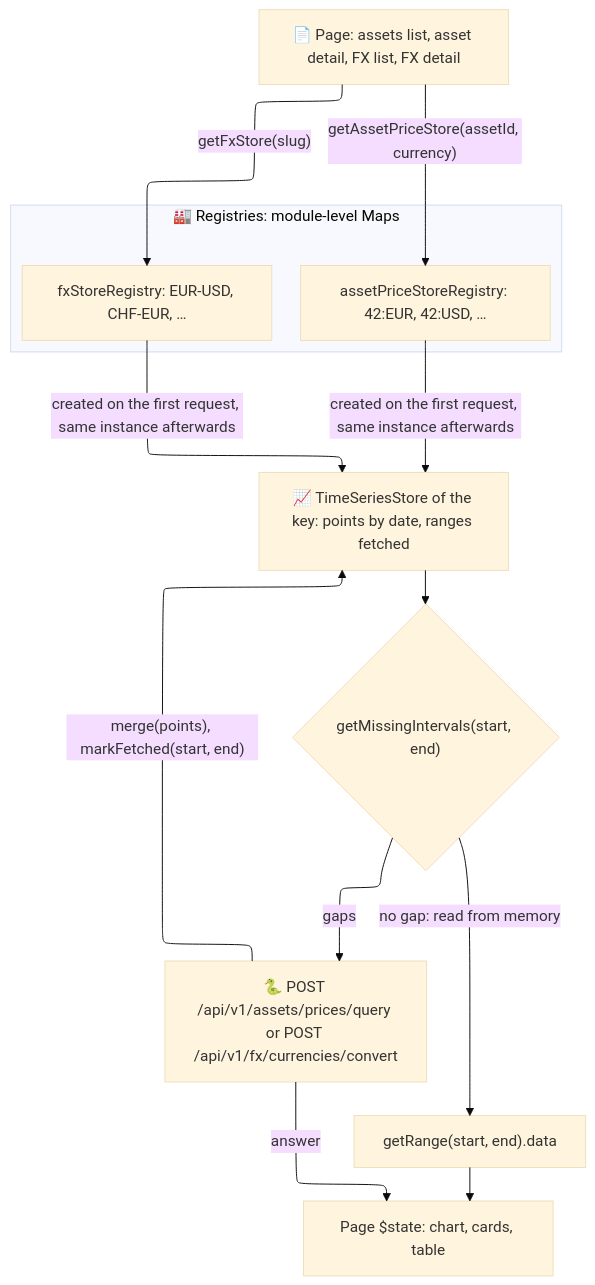
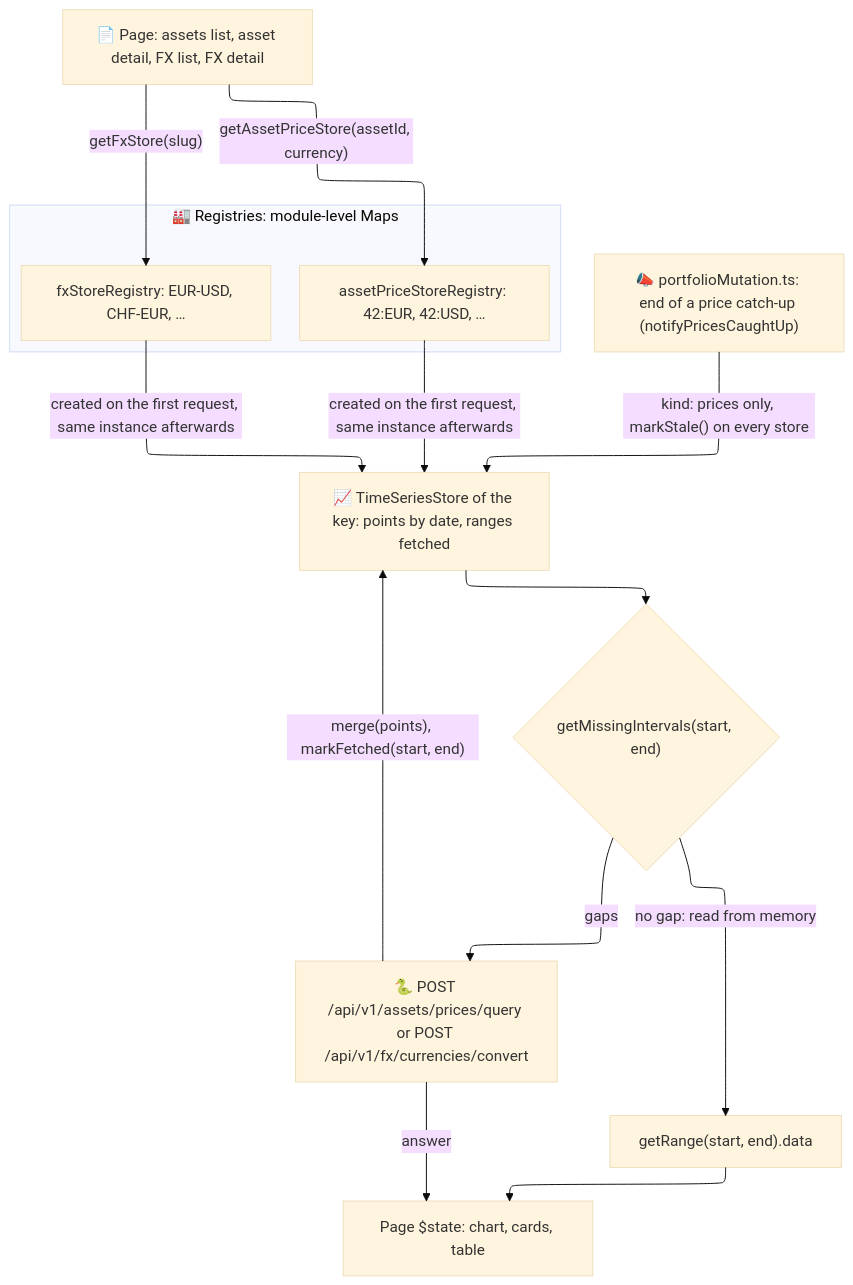
Before and after one commit to Librefolio/LibreFolio: the diagram in mkdocs_src/docs/developer/frontend/state/registries.md, drawn with Mermaid (base theme). The commit also changed other lines of this file and 12 other files, not shown here.

First line of the commit message:
fix(stores): price caches stale after catch-up

````diff
--- a/mkdocs_src/docs/developer/frontend/state/registries.md
+++ b/mkdocs_src/docs/developer/frontend/state/registries.md
@@ -21,30 +21,32 @@
 ```mermaid
 ---
 config:
   layout: elk
 ---
 graph TD
     Page["📄 Page: assets list, asset detail, FX list, FX detail"]
+    Bus["📣 portfolioMutation.ts: end of a price catch-up (notifyPricesCaughtUp)"]
 
     subgraph Registries ["🏭 Registries: module-level Maps"]
         AP["assetPriceStoreRegistry: 42:EUR, 42:USD, …"]
         FX["fxStoreRegistry: EUR-USD, CHF-EUR, …"]
     end
 
     Store["📈 TimeSeriesStore of the key: points by date, ranges fetched"]
     Gaps{"getMissingIntervals(start, end)"}
     Read["getRange(start, end).data"]
     API["🐍 POST /api/v1/assets/prices/query or POST /api/v1/fx/currencies/convert"]
     State["Page $state: chart, cards, table"]
 
     Page -->|"getAssetPriceStore(assetId, currency)"| AP
     Page -->|"getFxStore(slug)"| FX
     AP -->|"created on the first request, same instance afterwards"| Store
     FX -->|"created on the first request, same instance afterwards"| Store
+    Bus -->|"kind: prices only, markStale() on every store"| Store
     Store --> Gaps
     Gaps -->|"no gap: read from memory"| Read
     Read --> State
     Gaps -->|"gaps"| API
     API -->|"answer"| State
     API -->|"merge(points), markFetched(start, end)"| Store
 ```
````
